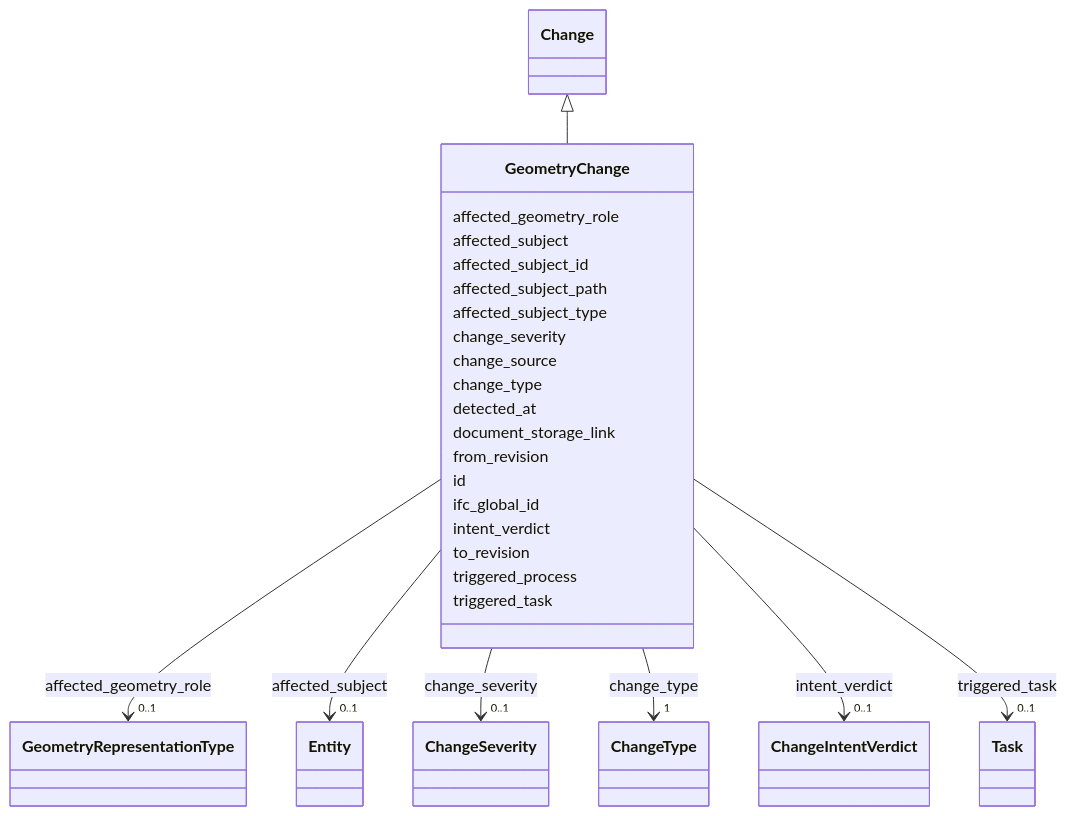
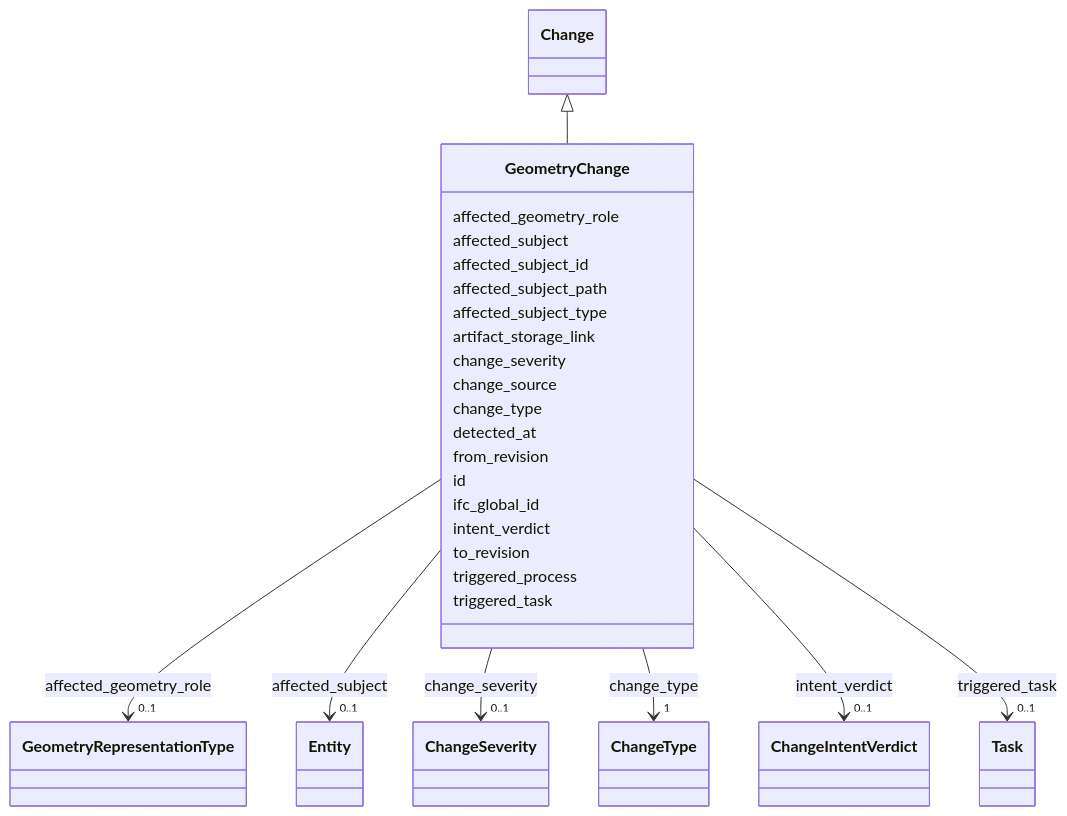
One commit to simondilhas/pragmatic-bim-data-contract changed the diagram in site/schema/.md-src/GeometryChange.md. Above: the diagram before and after it, drawn with Mermaid. The commit also changed other lines of this file and 510 other files, not shown here.

First line of the commit message:
Update mkdocs configuration, schema files, and documentation for improved clarity and consistency

````diff
--- a/site/schema/.md-src/GeometryChange.md
+++ b/site/schema/.md-src/GeometryChange.md
@@ -23,36 +23,36 @@
 ```mermaid
  classDiagram
     class GeometryChange
     click GeometryChange href "./GeometryChange.html"
       Change <|-- GeometryChange
         click Change href "./Change.html"
       GeometryChange : affected_geometry_role
         GeometryChange --> "0..1" GeometryRepresentationType : affected_geometry_role
         click GeometryRepresentationType href "./GeometryRepresentationType.html"
       GeometryChange : affected_subject
         GeometryChange --> "0..1" Entity : affected_subject
         click Entity href "./Entity.html"
       GeometryChange : affected_subject_id
       GeometryChange : affected_subject_path
       GeometryChange : affected_subject_type
+      GeometryChange : artifact_storage_link
       GeometryChange : change_severity
         GeometryChange --> "0..1" ChangeSeverity : change_severity
         click ChangeSeverity href "./ChangeSeverity.html"
       GeometryChange : change_source
       GeometryChange : change_type
         GeometryChange --> "1" ChangeType : change_type
         click ChangeType href "./ChangeType.html"
       GeometryChange : detected_at
-      GeometryChange : document_storage_link
       GeometryChange : from_revision
       GeometryChange : id
       GeometryChange : ifc_global_id
       GeometryChange : intent_verdict
         GeometryChange --> "0..1" ChangeIntentVerdict : intent_verdict
         click ChangeIntentVerdict href "./ChangeIntentVerdict.html"
       GeometryChange : to_revision
       GeometryChange : triggered_process
       GeometryChange : triggered_task
         GeometryChange --> "0..1" Task : triggered_task
         click Task href "./Task.html"
 ```
````
